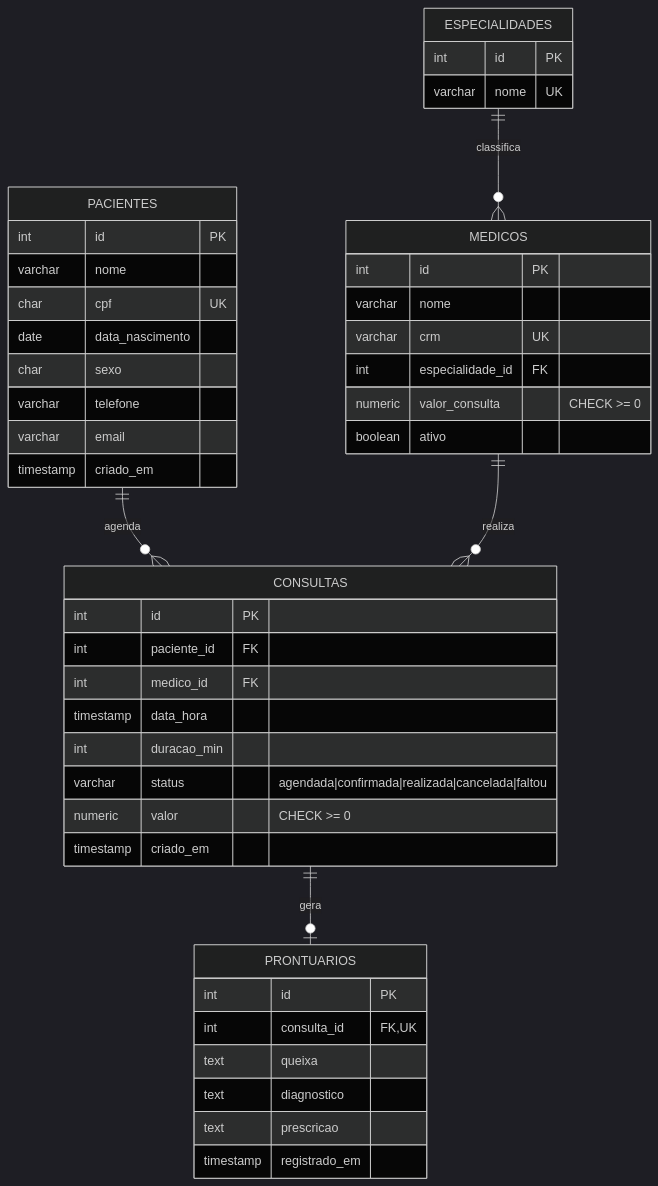
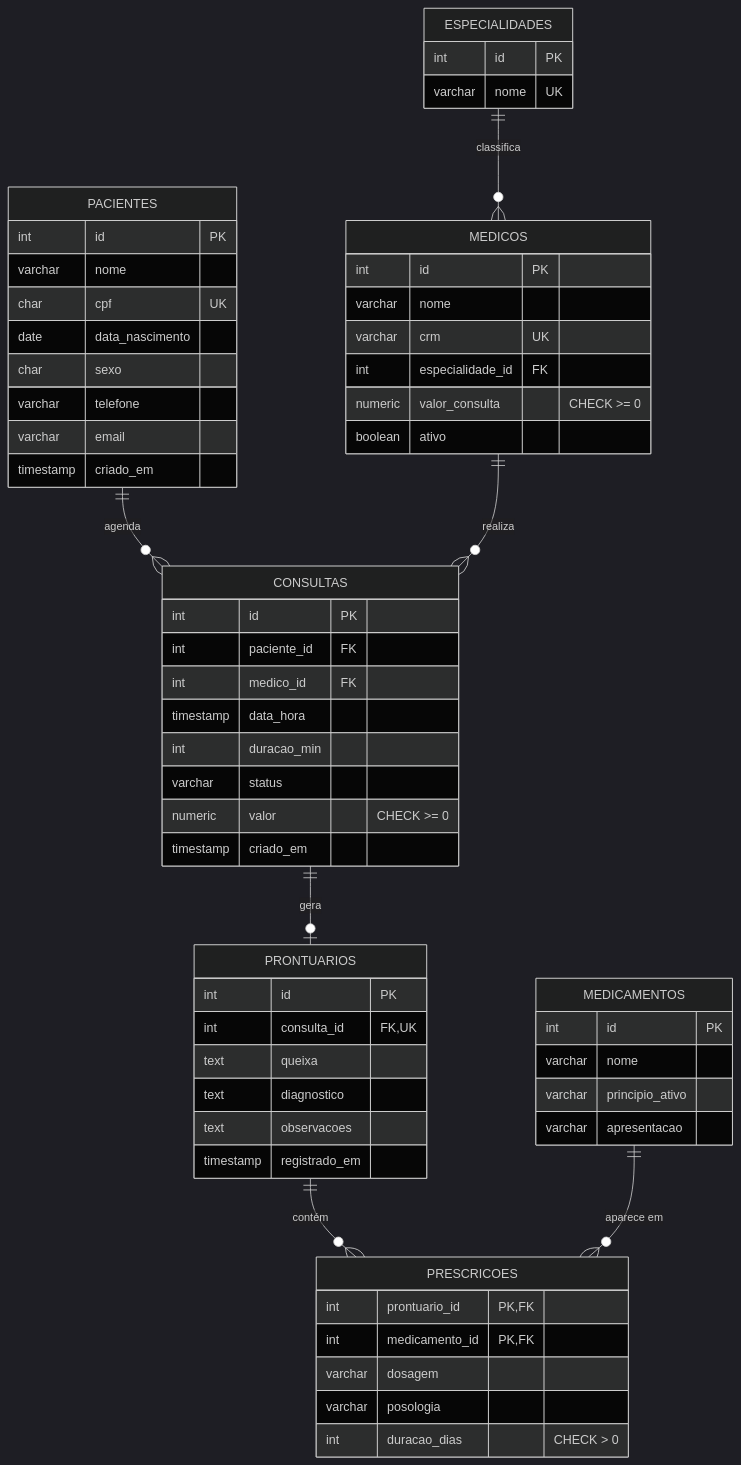
The diagram in docs/DER.md (LucasBorgesKrz/clinica-medica-db), drawn with Mermaid (dark theme) before and after one commit. The commit also changed other lines of this file and 11 other files, not shown here.

````diff
--- a/docs/DER.md
+++ b/docs/DER.md
@@ -5,48 +18,63 @@
 ```mermaid
 erDiagram
     ESPECIALIDADES ||--o{ MEDICOS : "classifica"
-    PACIENTES     ||--o{ CONSULTAS : "agenda"
-    MEDICOS       ||--o{ CONSULTAS : "realiza"
-    CONSULTAS     ||--o| PRONTUARIOS : "gera"
+    PACIENTES      ||--o{ CONSULTAS : "agenda"
+    MEDICOS        ||--o{ CONSULTAS : "realiza"
+    CONSULTAS      ||--o| PRONTUARIOS : "gera"
+    PRONTUARIOS    ||--o{ PRESCRICOES : "contém"
+    MEDICAMENTOS   ||--o{ PRESCRICOES : "aparece em"
 
     ESPECIALIDADES {
         int id PK
         varchar nome UK
     }
     PACIENTES {
         int id PK
         varchar nome
         char cpf UK
         date data_nascimento
         char sexo
         varchar telefone
         varchar email
         timestamp criado_em
     }
     MEDICOS {
         int id PK
         varchar nome
         varchar crm UK
         int especialidade_id FK
         numeric valor_consulta "CHECK >= 0"
         boolean ativo
     }
     CONSULTAS {
         int id PK
         int paciente_id FK
         int medico_id FK
         timestamp data_hora
         int duracao_min
-        varchar status "agendada|confirmada|realizada|cancelada|faltou"
+        varchar status
         numeric valor "CHECK >= 0"
         timestamp criado_em
     }
     PRONTUARIOS {
         int id PK
         int consulta_id FK, UK
         text queixa
         text diagnostico
-        text prescricao
+        text observacoes
         timestamp registrado_em
     }
+    MEDICAMENTOS {
+        int id PK
+        varchar nome
+        varchar principio_ativo
+        varchar apresentacao
+    }
+    PRESCRICOES {
+        int prontuario_id PK, FK
+        int medicamento_id PK, FK
+        varchar dosagem
+        varchar posologia
+        int duracao_dias "CHECK > 0"
+    }
 ```
````
